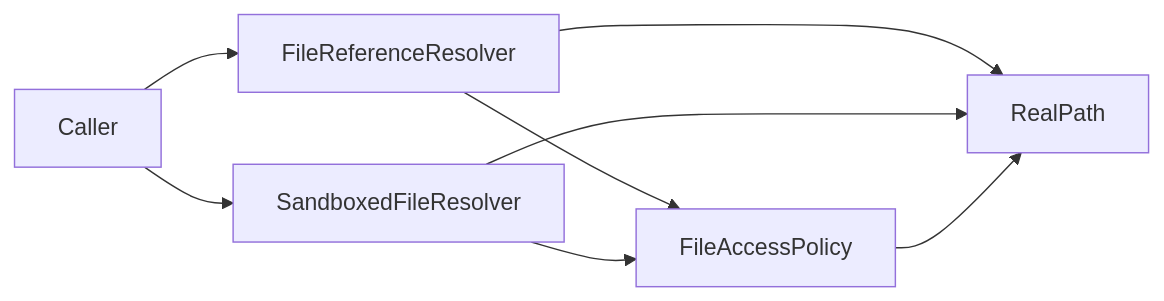
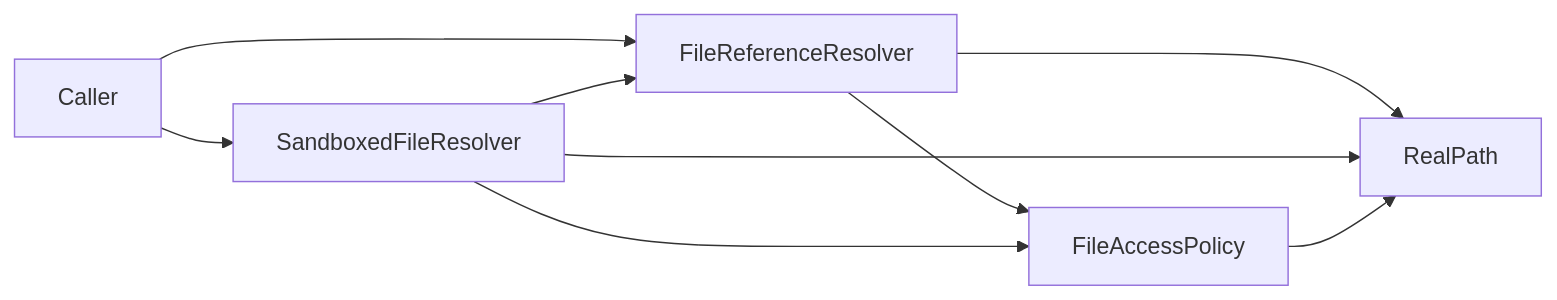
The diagram in docs/design/canvas-net/files.md (demaconsulting/CanvasNet), drawn with Mermaid before and after one commit. The commit also changed other lines of this file and 27 other files, not shown here.

````diff
--- a/docs/design/canvas-net/files.md
+++ b/docs/design/canvas-net/files.md
@@ -62,10 +75,11 @@
 ```mermaid
 flowchart LR
     Caller --> FileReferenceResolver
     Caller --> SandboxedFileResolver
     FileReferenceResolver --> FileAccessPolicy
     FileReferenceResolver --> RealPath
+    SandboxedFileResolver --> FileReferenceResolver
     SandboxedFileResolver --> RealPath
     SandboxedFileResolver --> FileAccessPolicy
     FileAccessPolicy --> RealPath
 ```
````
